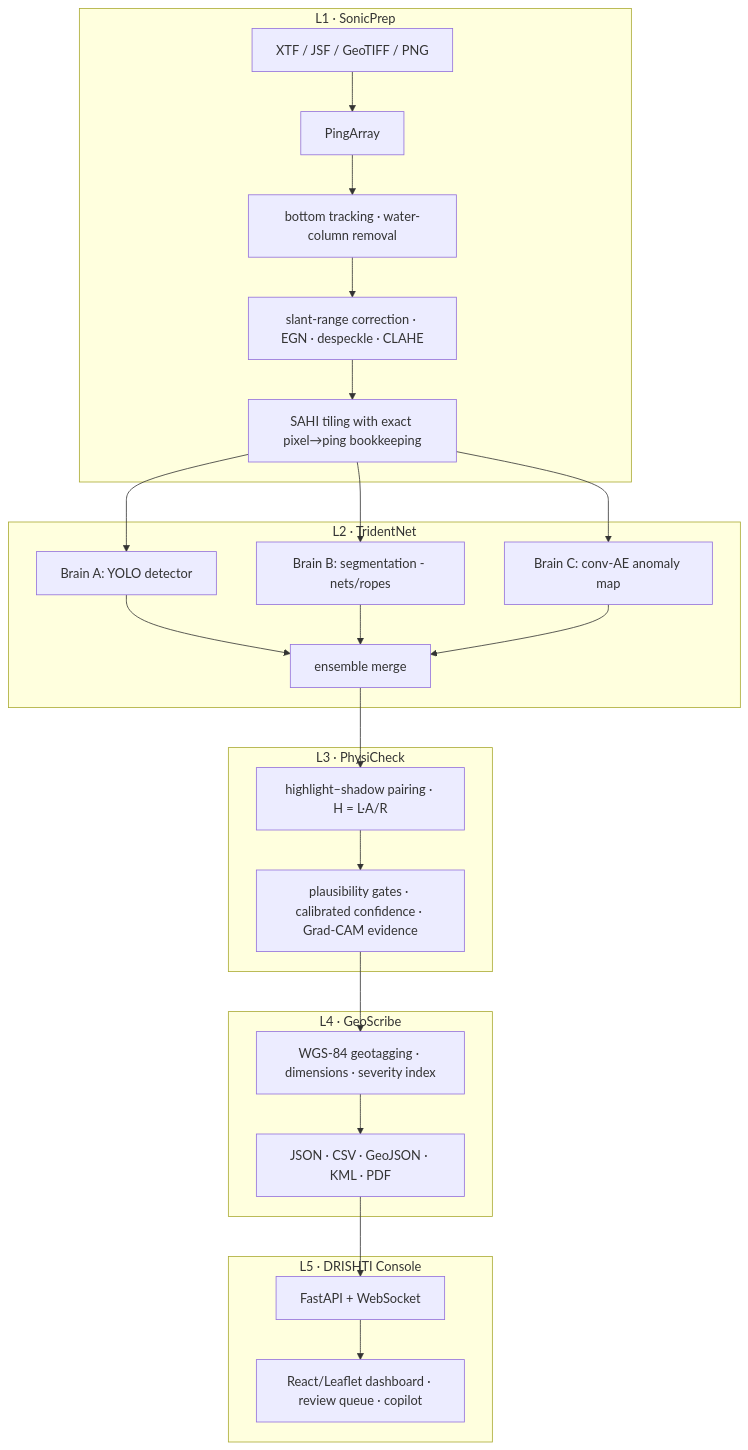
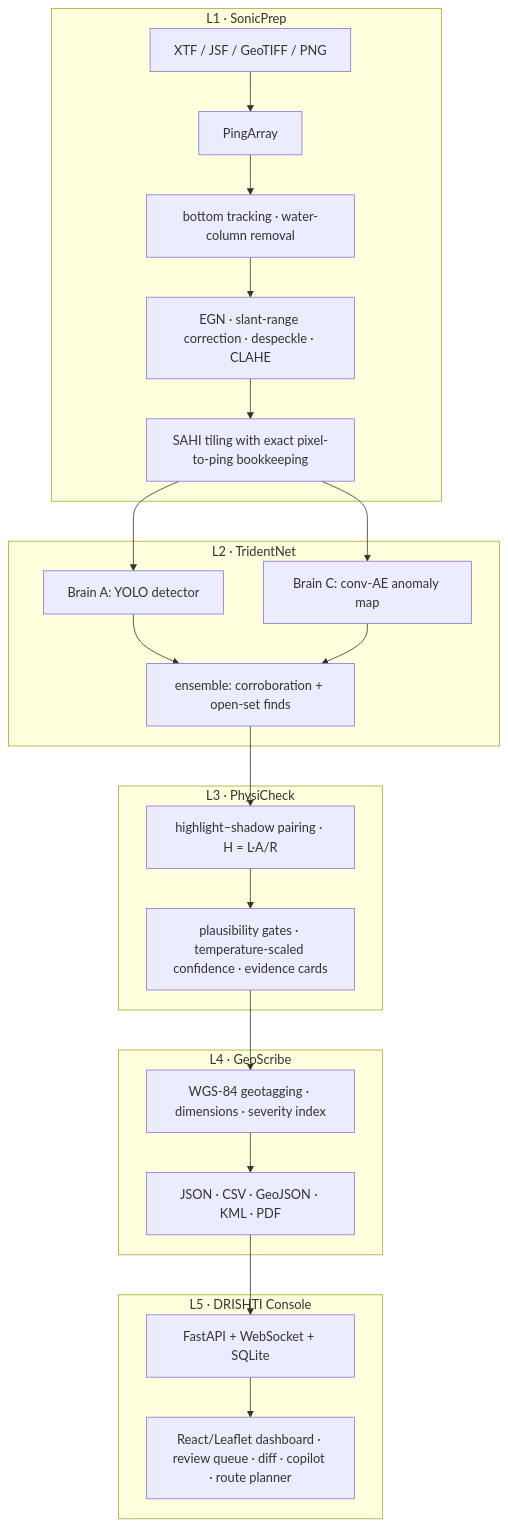
Before and after one commit to SUBASH-R-007/SAGAR-NETRA: the diagram in README.md, drawn with Mermaid. The commit also changed other lines of this file and 7 other files, not shown here.

````diff
--- a/README.md
+++ b/README.md
@@ -17,27 +17,26 @@
 ```mermaid
 flowchart TD
     subgraph L1["L1 · SonicPrep"]
         A[XTF / JSF / GeoTIFF / PNG] --> B[PingArray]
         B --> C[bottom tracking · water-column removal]
-        C --> D[slant-range correction · EGN · despeckle · CLAHE]
-        D --> E[SAHI tiling with exact pixel→ping bookkeeping]
+        C --> D[EGN · slant-range correction · despeckle · CLAHE]
+        D --> E[SAHI tiling with exact pixel-to-ping bookkeeping]
     end
     subgraph L2["L2 · TridentNet"]
         E --> F[Brain A: YOLO detector]
-        E --> G[Brain B: segmentation - nets/ropes]
         E --> H[Brain C: conv-AE anomaly map]
-        F & G & H --> I[ensemble merge]
+        F & H --> I[ensemble: corroboration + open-set finds]
     end
     subgraph L3["L3 · PhysiCheck"]
         I --> J[highlight–shadow pairing · H = L·A/R]
-        J --> K[plausibility gates · calibrated confidence · Grad-CAM evidence]
+        J --> K[plausibility gates · temperature-scaled confidence · evidence cards]
     end
     subgraph L4["L4 · GeoScribe"]
         K --> L[WGS-84 geotagging · dimensions · severity index]
         L --> M[JSON · CSV · GeoJSON · KML · PDF]
     end
     subgraph L5["L5 · DRISHTI Console"]
-        M --> N[FastAPI + WebSocket]
-        N --> O[React/Leaflet dashboard · review queue · copilot]
+        M --> N[FastAPI + WebSocket + SQLite]
+        N --> O[React/Leaflet dashboard · review queue · diff · copilot · route planner]
     end
 ```
````
